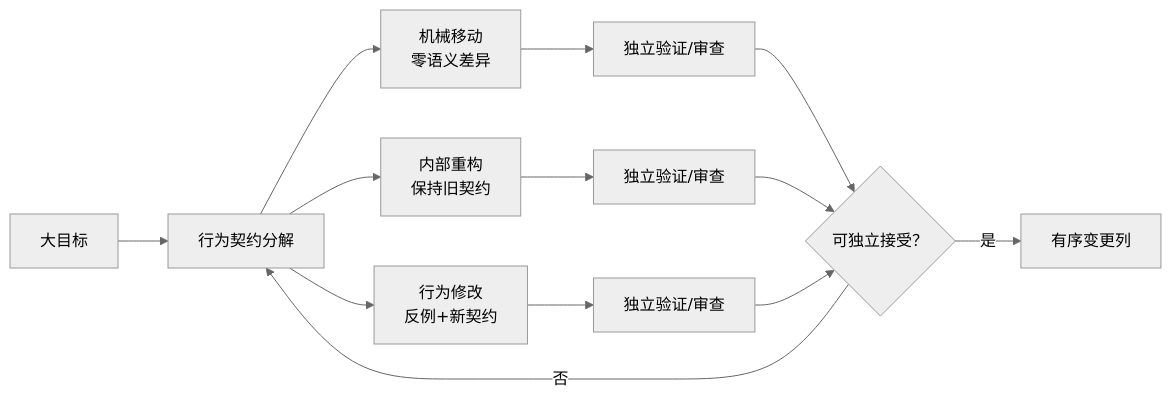
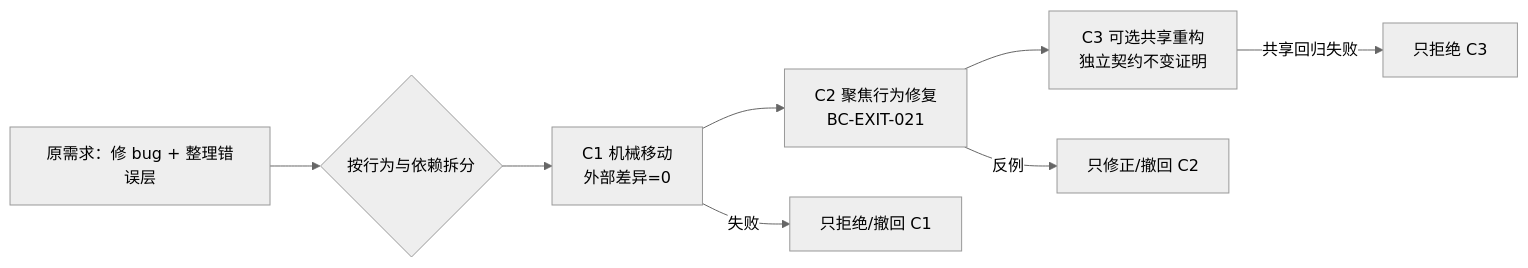
One commit to ZhangHanDong/coreutils changed the diagram in book/src/part2/ch06-agent-atomicity.md. Above: the diagram before and after it, drawn with Mermaid (neutral theme). The commit also changed other lines of this file, not shown here.

````diff
--- a/book/src/part2/ch06-agent-atomicity.md
+++ b/book/src/part2/ch06-agent-atomicity.md
@@ -28,15 +37,10 @@
 ```mermaid
 flowchart LR
-    G["大目标"] --> D["行为契约分解"]
-    D --> M["机械移动<br/>零语义差异"]
-    D --> R["内部重构<br/>保持旧契约"]
-    D --> B["行为修改<br/>反例+新契约"]
-    M --> V1["独立验证/审查"]
-    R --> V2["独立验证/审查"]
-    B --> V3["独立验证/审查"]
-    V1 --> Q{"可独立接受？"}
-    V2 --> Q
-    V3 --> Q
-    Q -->|"否"| D
-    Q -->|"是"| P["有序变更列"]
+    R["原需求：修 bug + 整理错误层"] --> D{"按行为与依赖拆分"}
+    D --> M["C1 机械移动<br/>外部差异=0"]
+    M --> F["C2 聚焦行为修复<br/>BC-EXIT-021"]
+    F --> X["C3 可选共享重构<br/>独立契约不变证明"]
+    M -->|"失败"| RM["只拒绝/撤回 C1"]
+    F -->|"反例"| RF["只修正/撤回 C2"]
+    X -->|"共享回归失败"| RX["只拒绝 C3"]
 ```
````
